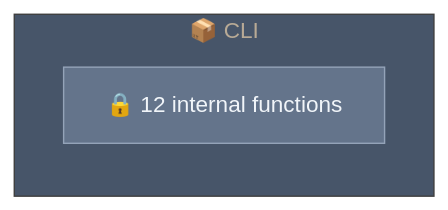
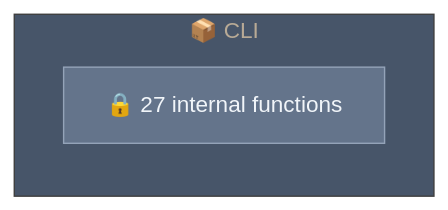
One commit to Ansh-dhanani/mikk changed the diagram in .mikk/diagrams/capsules/packages-cli.mmd. Above: the diagram before and after it, drawn with Mermaid. The commit also changed 47 other files, not shown here.

Commit message:
feat: Introduce new CLI commands, core parsing and contract logic, MCP server, AI context, and diagram generation infrastructure.

```diff
--- a/.mikk/diagrams/capsules/packages-cli.mmd
+++ b/.mikk/diagrams/capsules/packages-cli.mmd
@@ -1,12 +1,12 @@
 %%{init: {"theme": "base", "themeVariables": {"primaryColor": "#1e293b", "primaryTextColor": "#e2e8f0", "lineColor": "#64748b", "secondaryColor": "#334155", "tertiaryColor": "#475569", "background": "#0f172a", "mainBkg": "#1e293b", "nodeBorder": "#475569"}}}%%
 graph LR
 
     subgraph packages_cli["📦 CLI"]
         direction TB
-        internal["🔒 12 internal functions"]
+        internal["🔒 27 internal functions"]
     end
 
 
     classDef publicApi fill:#22c55e,stroke:#4ade80,color:#f0fdf4
     classDef internalApi fill:#64748b,stroke:#94a3b8,color:#f1f5f9
     class internal internalApi
```
